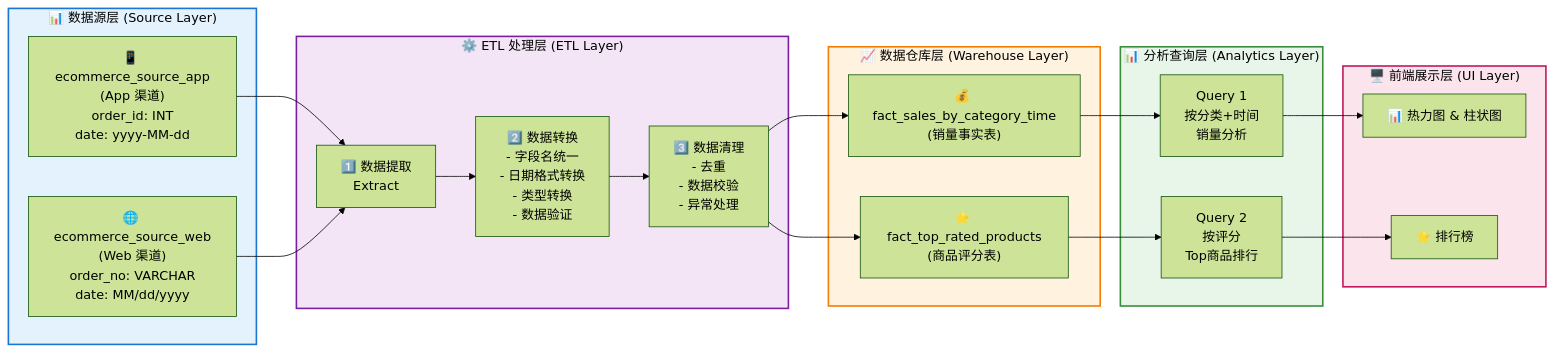
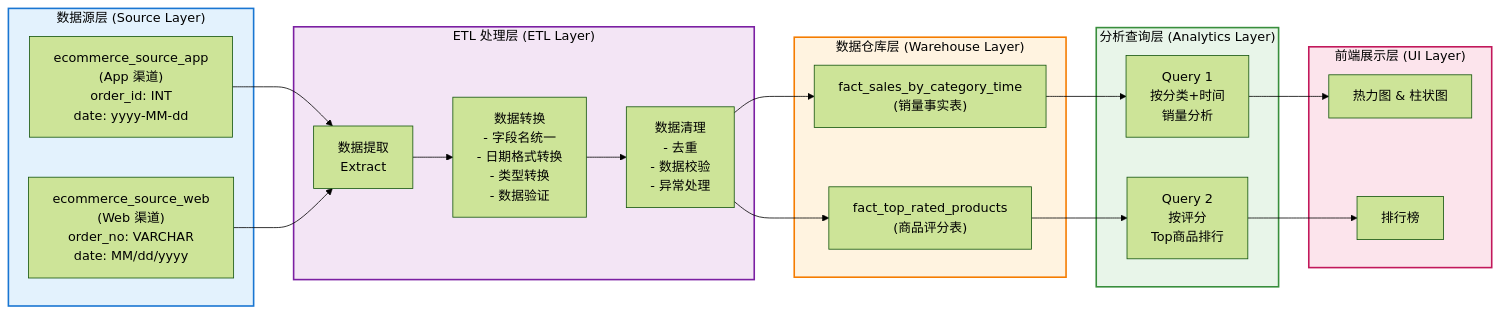
One commit to jianglei919/ecommerce_data_warehouse changed the diagram in REQUIREMENTS.md. Above: the diagram before and after it, drawn with Mermaid (forest theme). The commit also changed other lines of this file and 3 other files, not shown here.

````diff
--- a/REQUIREMENTS.md
+++ b/REQUIREMENTS.md
@@ -157,47 +157,47 @@
 ```mermaid
 graph LR
-    subgraph source["📊 数据源层 (Source Layer)"]
-        app["📱 ecommerce_source_app<br/>(App 渠道)<br/>order_id: INT<br/>date: yyyy-MM-dd"]
-        web["🌐 ecommerce_source_web<br/>(Web 渠道)<br/>order_no: VARCHAR<br/>date: MM/dd/yyyy"]
+    subgraph source["数据源层 (Source Layer)"]
+        app["ecommerce_source_app<br/>(App 渠道)<br/>order_id: INT<br/>date: yyyy-MM-dd"]
+        web["ecommerce_source_web<br/>(Web 渠道)<br/>order_no: VARCHAR<br/>date: MM/dd/yyyy"]
     end
 
-    subgraph etl["⚙️ ETL 处理层 (ETL Layer)"]
-        extract["1️⃣ 数据提取<br/>Extract"]
-        transform["2️⃣ 数据转换<br/>- 字段名统一<br/>- 日期格式转换<br/>- 类型转换<br/>- 数据验证"]
-        clean["3️⃣ 数据清理<br/>- 去重<br/>- 数据校验<br/>- 异常处理"]
+    subgraph etl["ETL 处理层 (ETL Layer)"]
+        extract["数据提取<br/>Extract"]
+        transform["数据转换<br/>- 字段名统一<br/>- 日期格式转换<br/>- 类型转换<br/>- 数据验证"]
+        clean["数据清理<br/>- 去重<br/>- 数据校验<br/>- 异常处理"]
     end
 
-    subgraph warehouse["📈 数据仓库层 (Warehouse Layer)"]
-        sales["💰 fact_sales_by_category_time<br/>(销量事实表)"]
-        top["⭐ fact_top_rated_products<br/>(商品评分表)"]
+    subgraph warehouse["数据仓库层 (Warehouse Layer)"]
+        sales["fact_sales_by_category_time<br/>(销量事实表)"]
+        top["fact_top_rated_products<br/>(商品评分表)"]
     end
 
-    subgraph analytics["📊 分析查询层 (Analytics Layer)"]
+    subgraph analytics["分析查询层 (Analytics Layer)"]
         query1["Query 1<br/>按分类+时间<br/>销量分析"]
         query2["Query 2<br/>按评分<br/>Top商品排行"]
     end
 
-    subgraph ui["🖥️ 前端展示层 (UI Layer)"]
-        chart1["📊 热力图 & 柱状图"]
-        chart2["⭐ 排行榜"]
+    subgraph ui["前端展示层 (UI Layer)"]
+        chart1["热力图 & 柱状图"]
+        chart2["排行榜"]
     end
 
     app --> extract
     web --> extract
     extract --> transform
     transform --> clean
     clean --> sales
     clean --> top
 
     sales --> query1
     top --> query2
 
     query1 --> chart1
     query2 --> chart2
 
     style source fill:#e3f2fd,stroke:#1976d2,stroke-width:2px,color:#000
     style etl fill:#f3e5f5,stroke:#7b1fa2,stroke-width:2px,color:#000
     style warehouse fill:#fff3e0,stroke:#f57c00,stroke-width:2px,color:#000
     style analytics fill:#e8f5e9,stroke:#388e3c,stroke-width:2px,color:#000
     style ui fill:#fce4ec,stroke:#c2185b,stroke-width:2px,color:#000
 ```
````
